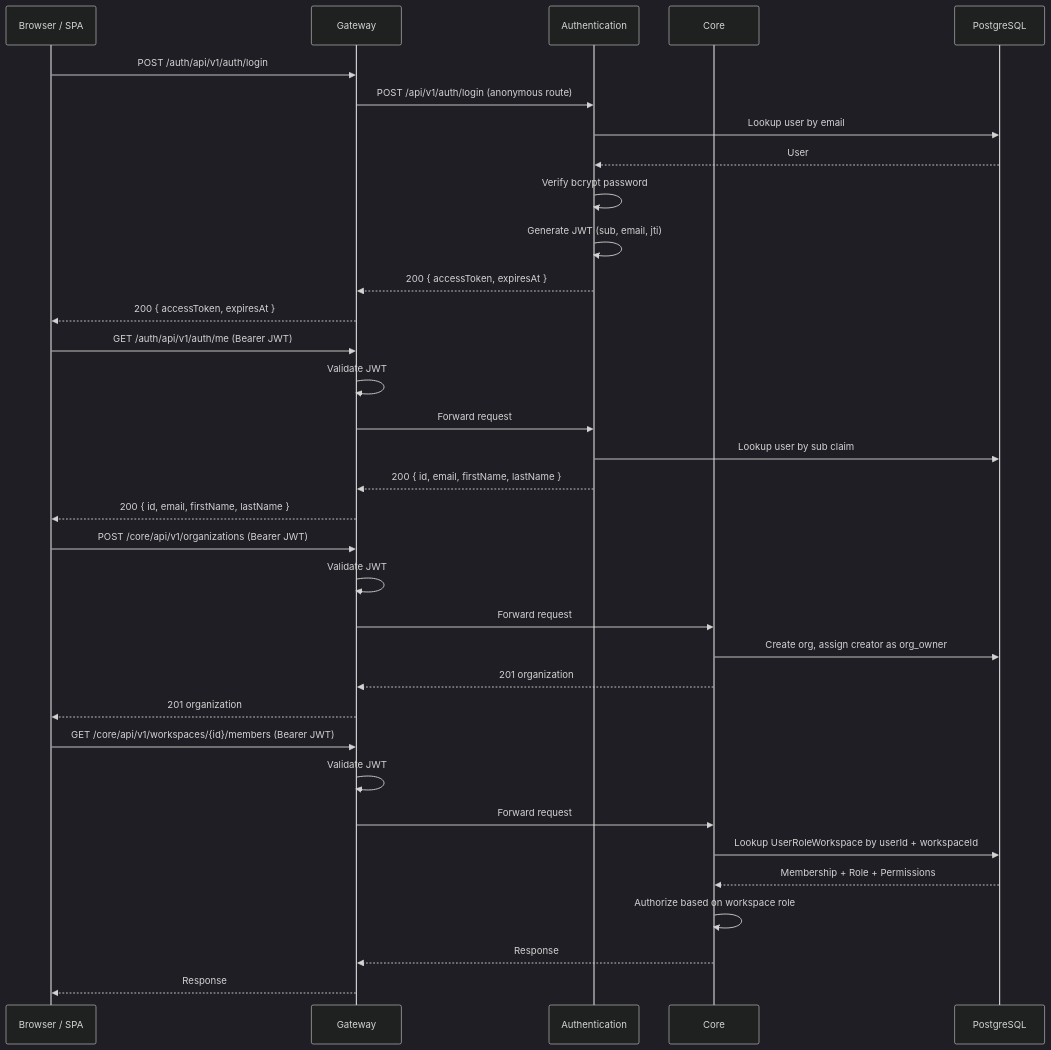
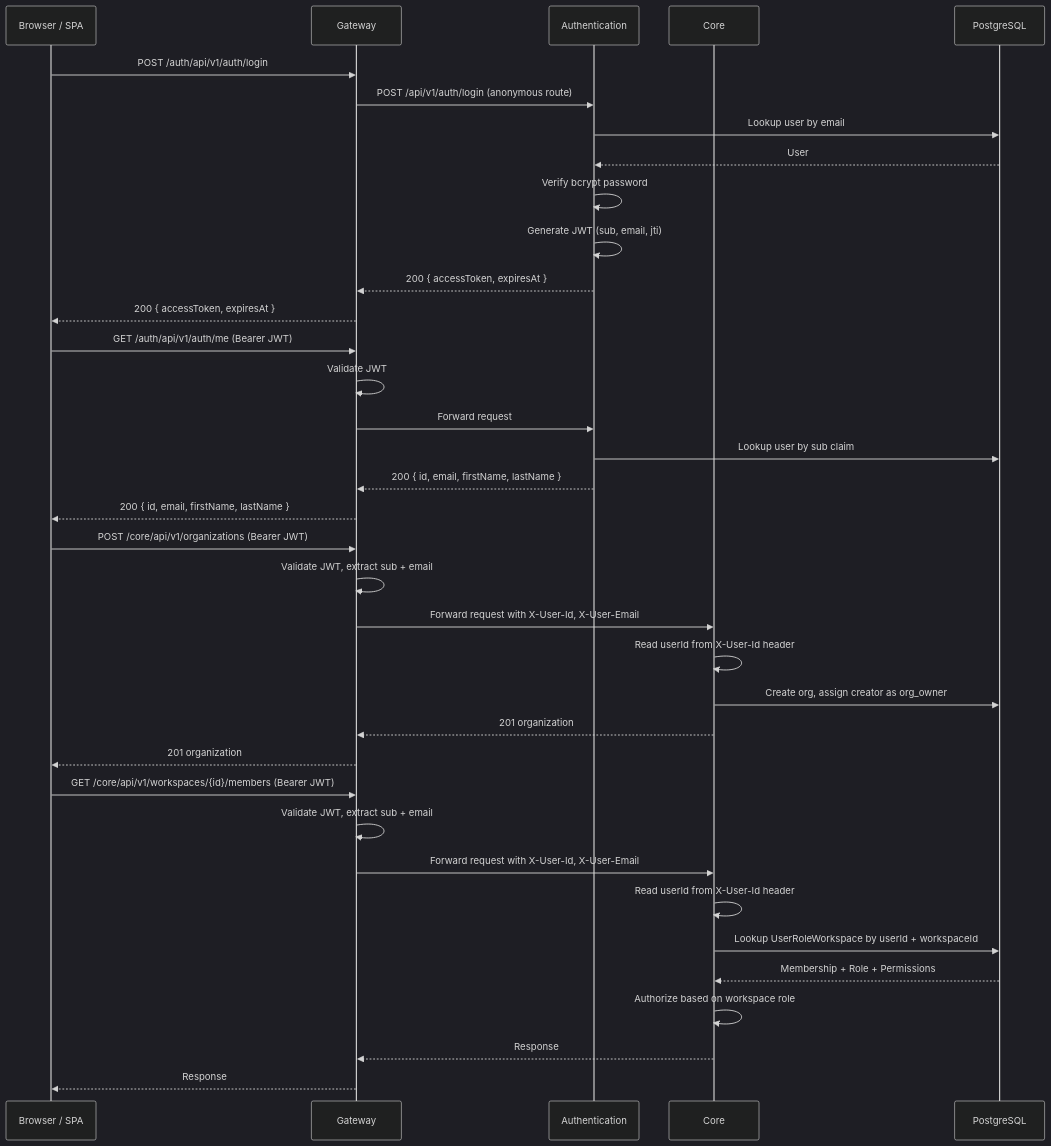
The third of 3 diagrams in docs/ai-guides/ARCHITECTURE.md (RelativaCRM/Relativa), drawn with Mermaid (dark theme) before and after one commit. The commit also changed other lines of this file and 19 other files, not shown here.

````diff
--- a/docs/ai-guides/ARCHITECTURE.md
+++ b/docs/ai-guides/ARCHITECTURE.md
@@ -261,40 +261,42 @@
 ```mermaid
 sequenceDiagram
     participant Client as Browser / SPA
     participant GW as Gateway
     participant Auth as Authentication
     participant Core as Core
     participant DB as PostgreSQL
 
     Client->>GW: POST /auth/api/v1/auth/login
     GW->>Auth: POST /api/v1/auth/login (anonymous route)
     Auth->>DB: Lookup user by email
     DB-->>Auth: User
     Auth->>Auth: Verify bcrypt password
     Auth->>Auth: Generate JWT (sub, email, jti)
     Auth-->>GW: 200 { accessToken, expiresAt }
     GW-->>Client: 200 { accessToken, expiresAt }
 
     Client->>GW: GET /auth/api/v1/auth/me (Bearer JWT)
     GW->>GW: Validate JWT
     GW->>Auth: Forward request
     Auth->>DB: Lookup user by sub claim
     Auth-->>GW: 200 { id, email, firstName, lastName }
     GW-->>Client: 200 { id, email, firstName, lastName }
 
     Client->>GW: POST /core/api/v1/organizations (Bearer JWT)
-    GW->>GW: Validate JWT
-    GW->>Core: Forward request
+    GW->>GW: Validate JWT, extract sub + email
+    GW->>Core: Forward request with X-User-Id, X-User-Email
+    Core->>Core: Read userId from X-User-Id header
     Core->>DB: Create org, assign creator as org_owner
     Core-->>GW: 201 organization
     GW-->>Client: 201 organization
 
     Client->>GW: GET /core/api/v1/workspaces/{id}/members (Bearer JWT)
-    GW->>GW: Validate JWT
-    GW->>Core: Forward request
+    GW->>GW: Validate JWT, extract sub + email
+    GW->>Core: Forward request with X-User-Id, X-User-Email
+    Core->>Core: Read userId from X-User-Id header
     Core->>DB: Lookup UserRoleWorkspace by userId + workspaceId
     DB-->>Core: Membership + Role + Permissions
     Core->>Core: Authorize based on workspace role
     Core-->>GW: Response
     GW-->>Client: Response
 ```
````
